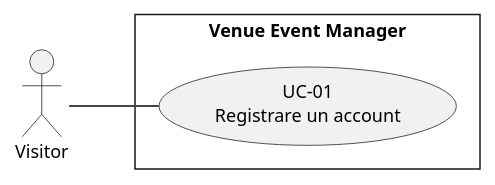
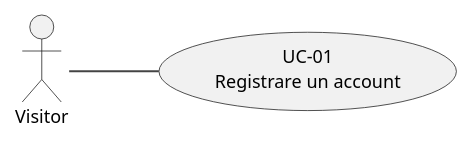
One commit to MeruemMeurel/Venue_Event_Organiser changed the diagram in docs/diagrams/use-cases/use-cases-visitor.puml. Above: the diagram before and after it, drawn with PlantUML. The commit also changed 7 other files, not shown here.

Commit message:
Docs: Finalize actor use case diagrams

```diff
--- a/docs/diagrams/use-cases/use-cases-visitor.puml
+++ b/docs/diagrams/use-cases/use-cases-visitor.puml
@@ -1,21 +1,19 @@
 @startuml
 
 skinparam style strictuml
 skinparam shadowing false
 skinparam DefaultFontName "Helvetica"
 skinparam DefaultFontSize 12
 skinparam ArrowThickness 1.2
 skinparam ArrowFontSize 11
 skinparam ArrowColor #444444
 
 left to right direction
 
 actor Visitor
 
-rectangle "Venue Event Manager" {
-    usecase "UC-01\nRegistrare un account" as UC01
-}
+usecase "UC-01\nRegistrare un account" as UC01
 
 Visitor -- UC01
 
 @enduml
```
